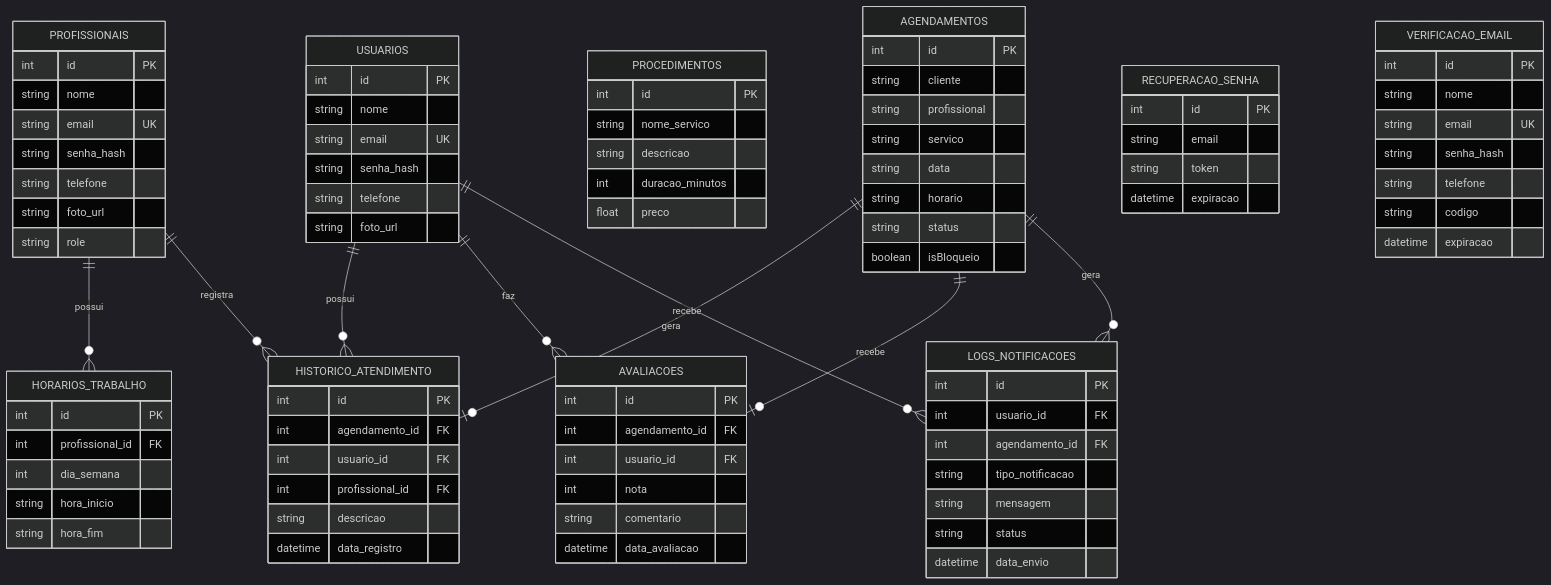
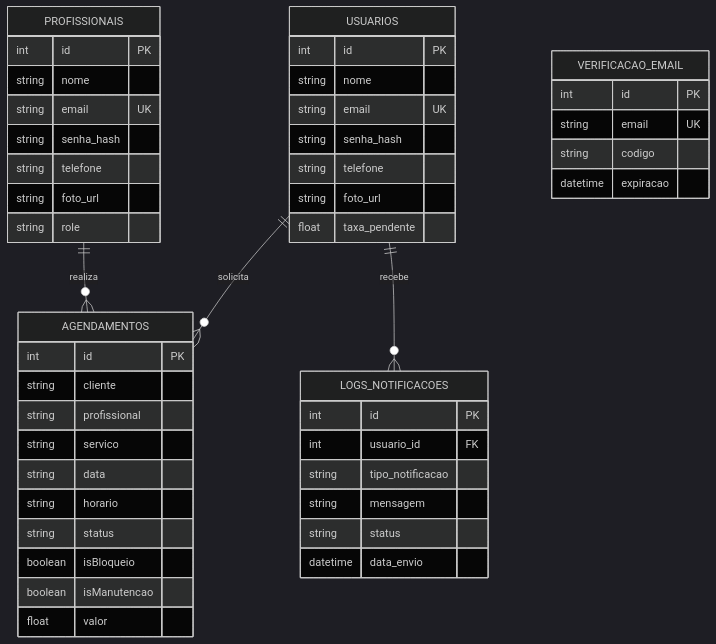
One commit to yasper05/seven-clinic changed the third of 3 diagrams in seven-clinic/DOCUMENTACAO_TCC.md. Above: the diagram before and after it, drawn with Mermaid (dark theme). The commit also changed other lines of this file and 6 other files, not shown here.

````diff
--- a/seven-clinic/DOCUMENTACAO_TCC.md
+++ b/seven-clinic/DOCUMENTACAO_TCC.md
@@ -340,6 +188,7 @@
         string senha_hash
         string telefone
         string foto_url
+        float taxa_pendente
     }
 
     PROFISSIONAIS {
@@ -352,14 +201,6 @@
         string role
     }
 
-    PROCEDIMENTOS {
-        int id PK
-        string nome_servico
-        string descricao
-        int duracao_minutos
-        float preco
-    }
-
     AGENDAMENTOS {
         int id PK
         string cliente
@@ -369,67 +210,27 @@
         string horario
         string status
         boolean isBloqueio
-    }
-
-    RECUPERACAO_SENHA {
-        int id PK
-        string email
-        string token
-        datetime expiracao
+        boolean isManutencao
+        float valor
     }
 
     VERIFICACAO_EMAIL {
         int id PK
-        string nome
         string email UK
-        string senha_hash
-        string telefone
         string codigo
         datetime expiracao
-    }
-
-    HORARIOS_TRABALHO {
-        int id PK
-        int profissional_id FK
-        int dia_semana
-        string hora_inicio
-        string hora_fim
-    }
-
-    HISTORICO_ATENDIMENTO {
-        int id PK
-        int agendamento_id FK
-        int usuario_id FK
-        int profissional_id FK
-        string descricao
-        datetime data_registro
-    }
-
-    AVALIACOES {
-        int id PK
-        int agendamento_id FK
-        int usuario_id FK
-        int nota
-        string comentario
-        datetime data_avaliacao
     }
 
     LOGS_NOTIFICACOES {
         int id PK
         int usuario_id FK
-        int agendamento_id FK
         string tipo_notificacao
         string mensagem
         string status
         datetime data_envio
     }
 
-    PROFISSIONAIS ||--o{ HORARIOS_TRABALHO : "possui"
-    USUARIOS ||--o{ HISTORICO_ATENDIMENTO : "possui"
-    PROFISSIONAIS ||--o{ HISTORICO_ATENDIMENTO : "registra"
-    AGENDAMENTOS ||--o| HISTORICO_ATENDIMENTO : "gera"
-    USUARIOS ||--o{ AVALIACOES : "faz"
-    AGENDAMENTOS ||--o| AVALIACOES : "recebe"
+    USUARIOS ||--o{ AGENDAMENTOS : "solicita"
+    PROFISSIONAIS ||--o{ AGENDAMENTOS : "realiza"
     USUARIOS ||--o{ LOGS_NOTIFICACOES : "recebe"
-    AGENDAMENTOS ||--o{ LOGS_NOTIFICACOES : "gera"
 ```
````
